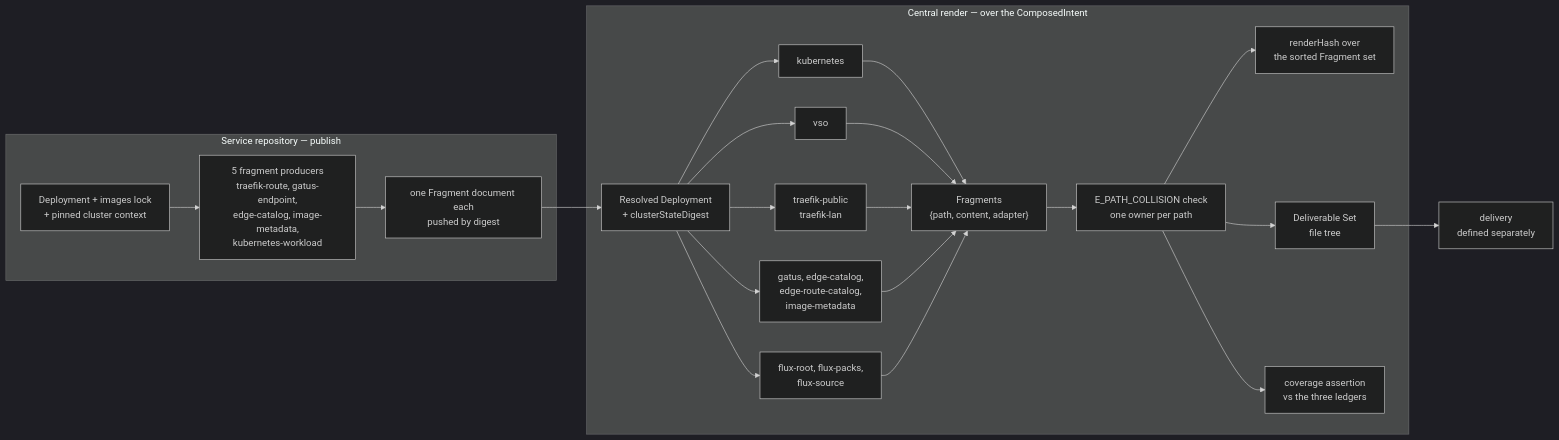
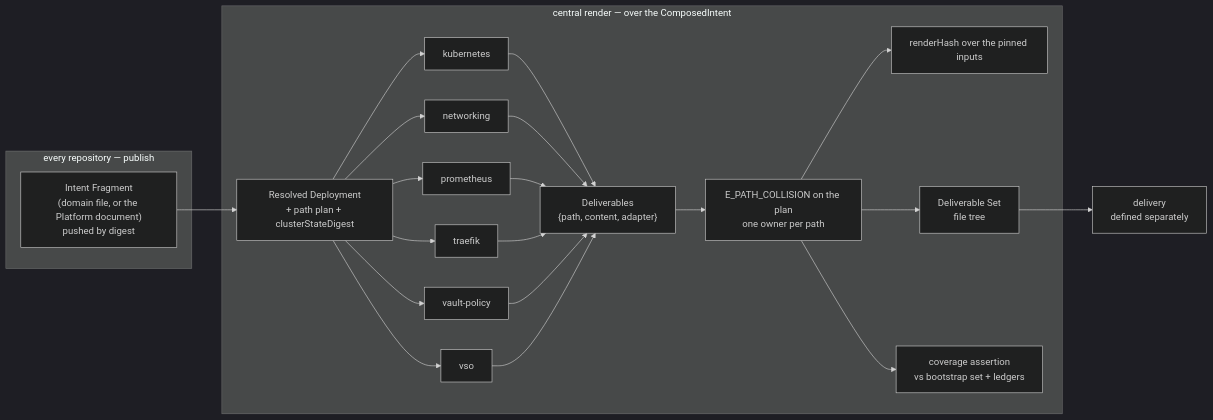
The diagram in spec/v1/30-deliverables.md (JorisJonkers-dev/deploy-kit), drawn with Mermaid (dark theme) before and after one commit. The commit also changed other lines of this file and 44 other files, not shown here.

First line of the commit message:
feat(model): Platform Intent is the second authored document, and the DSL owns everything

````diff
--- a/spec/v1/30-deliverables.md
+++ b/spec/v1/30-deliverables.md
@@ -359,27 +320,22 @@
 ```mermaid
 flowchart LR
-    subgraph svc["Service repository — publish"]
-      D["Deployment + images lock<br/>+ pinned cluster context"]
-      D --> FP["5 fragment producers<br/>traefik-route, gatus-endpoint,<br/>edge-catalog, image-metadata,<br/>kubernetes-workload"]
-      FP --> PF["one Fragment document each<br/>pushed by digest"]
+    subgraph pub["every repository — publish"]
+      IF["Intent Fragment<br/>(domain file, or the Platform document)<br/>pushed by digest"]
     end
-    subgraph agg["Central render — over the ComposedIntent"]
-      RD["Resolved Deployment<br/>+ clusterStateDigest"]
-      RD --> C1["kubernetes"]
-      RD --> C2["vso"]
-      RD --> C3["traefik-public<br/>traefik-lan"]
-      RD --> C4["gatus, edge-catalog,<br/>edge-route-catalog,<br/>image-metadata"]
-      RD --> C5["flux-root, flux-packs,<br/>flux-source"]
-      C1 --> F["Fragments<br/>{path, content, adapter}"]
-      C2 --> F
-      C3 --> F
-      C4 --> F
-      C5 --> F
-      F --> COL["E_PATH_COLLISION check<br/>one owner per path"]
-      COL --> H["renderHash over<br/>the sorted Fragment set"]
+    subgraph agg["central render — over the ComposedIntent"]
+      RD["Resolved Deployment<br/>+ path plan + clusterStateDigest"]
+      RD --> A1["kubernetes"]
+      RD --> A2["networking"]
+      RD --> A3["prometheus"]
+      RD --> A4["traefik"]
+      RD --> A5["vault-policy"]
+      RD --> A6["vso"]
+      A1 & A2 & A3 & A4 & A5 & A6 --> DL["Deliverables<br/>{path, content, adapter}"]
+      DL --> COL["E_PATH_COLLISION on the plan<br/>one owner per path"]
+      COL --> H["renderHash over the pinned inputs"]
       COL --> T["Deliverable Set<br/>file tree"]
-      COL --> L["coverage assertion<br/>vs the three ledgers"]
+      COL --> L["coverage assertion<br/>vs bootstrap set + ledgers"]
     end
-    PF --> RD
+    IF --> RD
     T --> X["delivery<br/>defined separately"]
 ```
````
